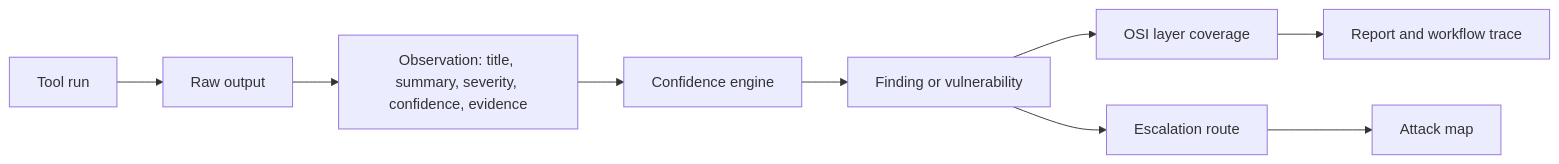
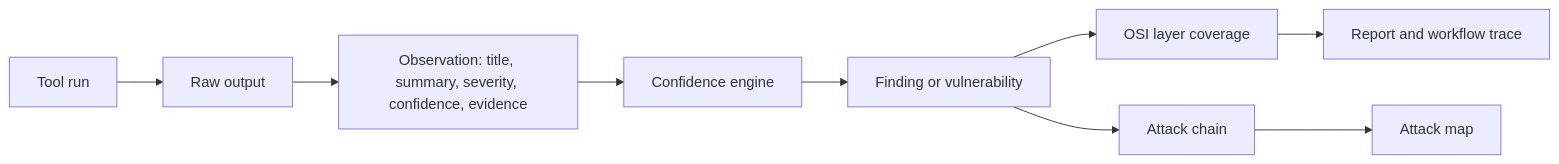
The fifth of 6 diagrams in README.md (alsaifybashar/SynoSec-buildathon), drawn with Mermaid before and after one commit. The commit also changed other lines of this file and 15 other files, not shown here.

````diff
--- a/README.md
+++ b/README.md
@@ -149,11 +149,11 @@
 ```mermaid
 flowchart LR
     ToolRun[Tool run] --> Output[Raw output]
     Output --> Observation[Observation: title, summary, severity, confidence, evidence]
     Observation --> Confidence[Confidence engine]
     Confidence --> Finding[Finding or vulnerability]
     Finding --> Coverage[OSI layer coverage]
-    Finding --> Route[Escalation route]
+    Finding --> Route[Attack chain]
     Coverage --> Report[Report and workflow trace]
     Route --> AttackMap[Attack map]
 ```
````
